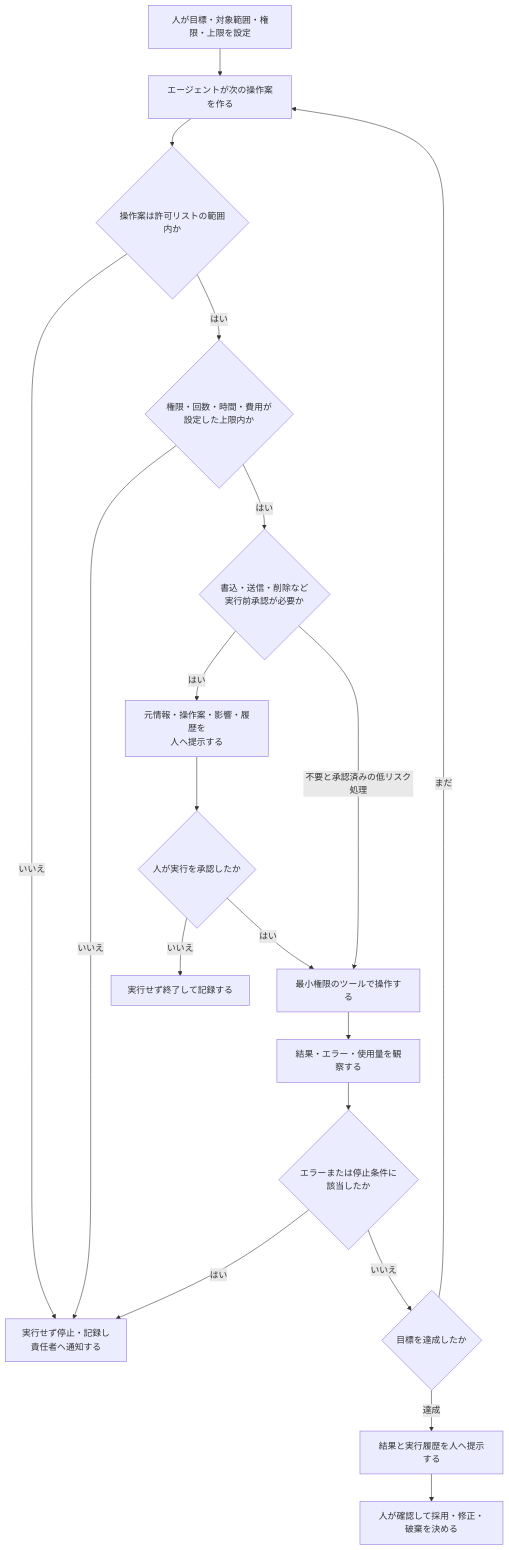
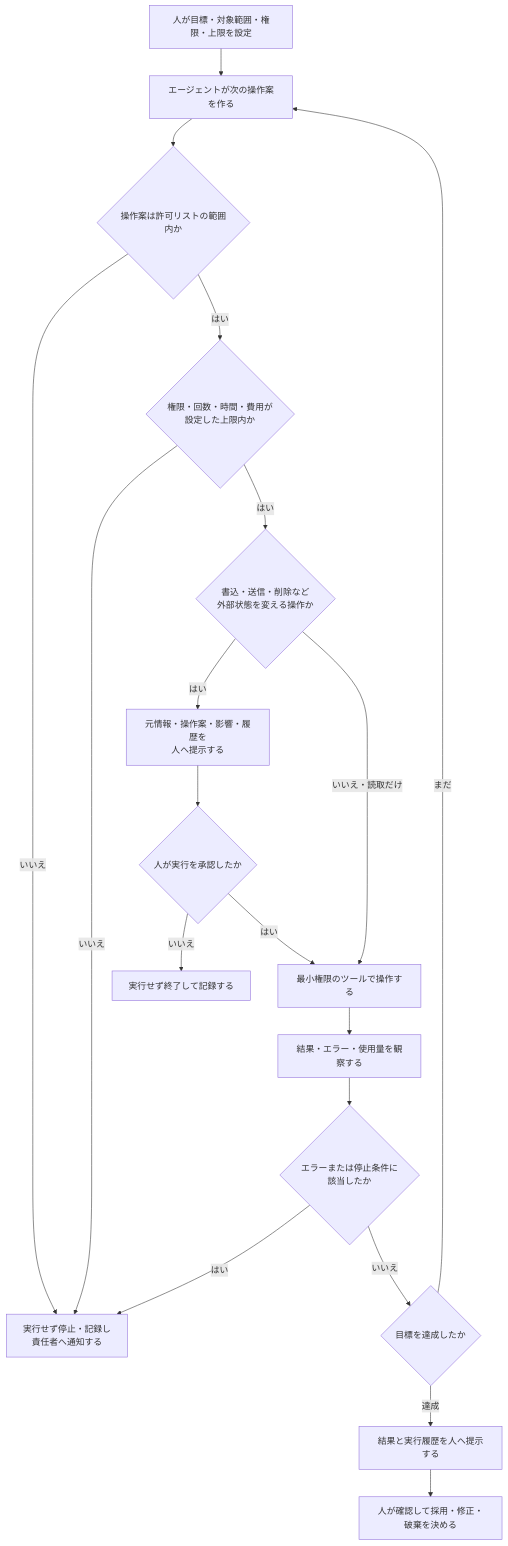
The second of 7 diagrams in ai-business-efficiency-instructor-content/09_ai_automation_and_agents.md (kiyo37/AI--), drawn with Mermaid before and after one commit. The commit also changed other lines of this file and 139 other files, not shown here.

````diff
--- a/ai-business-efficiency-instructor-content/09_ai_automation_and_agents.md
+++ b/ai-business-efficiency-instructor-content/09_ai_automation_and_agents.md
@@ -88,21 +118,21 @@
 ```mermaid
 flowchart TD
     A["人が目標・対象範囲・権限・上限を設定"] --> B["エージェントが次の操作案を作る"]
     B --> C{"操作案は許可リストの範囲内か"}
     C -->|いいえ| Z["実行せず停止・記録し<br/>責任者へ通知する"]
     C -->|はい| U{"権限・回数・時間・費用が<br/>設定した上限内か"}
     U -->|いいえ| Z
-    U -->|はい| P{"書込・送信・削除など<br/>実行前承認が必要か"}
+    U -->|はい| P{"書込・送信・削除など<br/>外部状態を変える操作か"}
     P -->|はい| G["元情報・操作案・影響・履歴を<br/>人へ提示する"]
     G --> H{"人が実行を承認したか"}
     H -->|いいえ| Y["実行せず終了して記録する"]
     H -->|はい| D["最小権限のツールで操作する"]
-    P -->|不要と承認済みの低リスク処理| D
+    P -->|いいえ・読取だけ| D
     D --> E["結果・エラー・使用量を観察する"]
     E --> F{"エラーまたは停止条件に<br/>該当したか"}
     F -->|はい| Z
     F -->|いいえ| I{"目標を達成したか"}
     I -->|まだ| B
     I -->|達成| J["結果と実行履歴を人へ提示する"]
     J --> K["人が確認して採用・修正・破棄を決める"]
 ```
````
